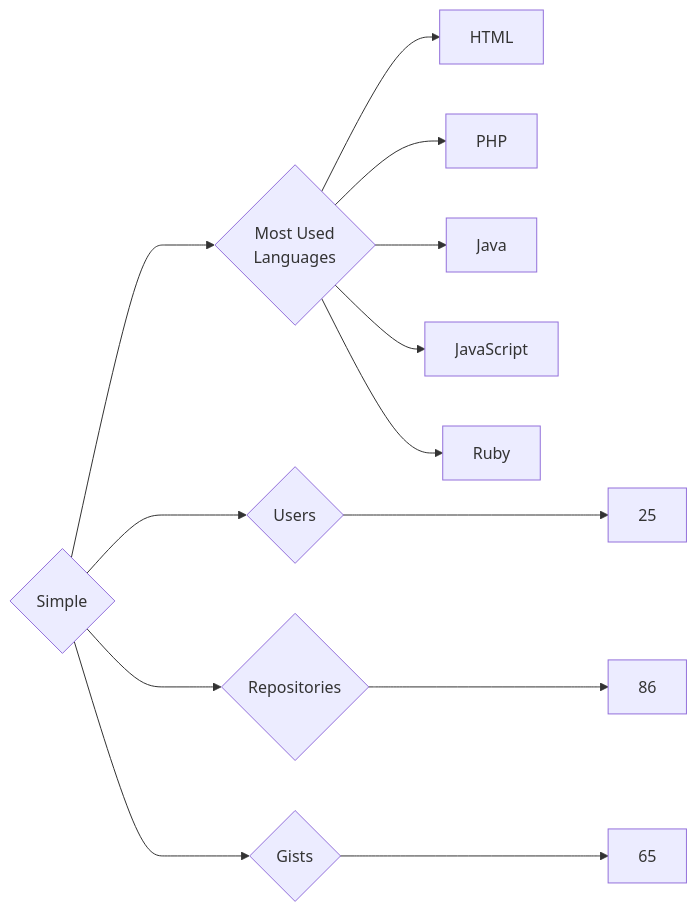
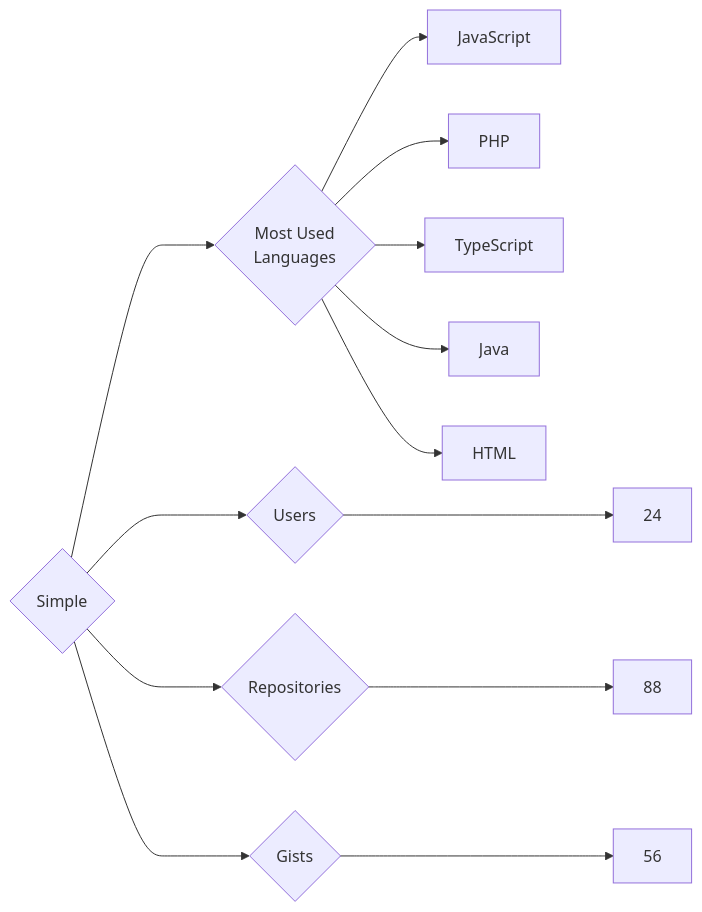
The diagram in targets/Simple/README.md (trickest/insiders), drawn with Mermaid before and after one commit. The commit also changed 1011 other files, not shown here.

````diff
--- a/targets/Simple/README.md
+++ b/targets/Simple/README.md
@@ -3,13 +3,13 @@
 ```mermaid
 graph LR
 COMPANY_NAME{Simple}
-COMPANY_NAME ---> U{Users} ---> UN[25]
-COMPANY_NAME ---> R{Repositories} ---> RN[86]
-COMPANY_NAME ---> G{Gists} ---> GN[65]
+COMPANY_NAME ---> U{Users} ---> UN[24]
+COMPANY_NAME ---> R{Repositories} ---> RN[88]
+COMPANY_NAME ---> G{Gists} ---> GN[56]
 COMPANY_NAME ---> ML{Most Used<br>Languages}
+ML --> JavaScript[JavaScript]
+ML --> PHP[PHP]
+ML --> TypeScript[TypeScript]
+ML --> Java[Java]
 ML --> HTML[HTML]
-ML --> PHP[PHP]
-ML --> Java[Java]
-ML --> JavaScript[JavaScript]
-ML --> Ruby[Ruby]
 ```
````
